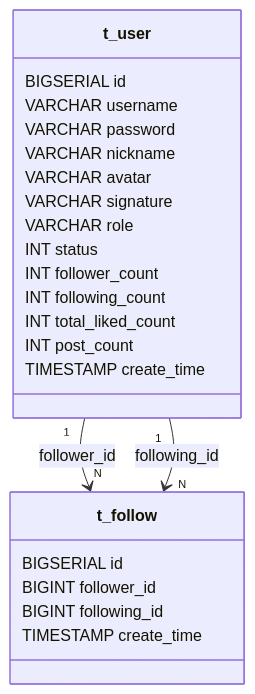
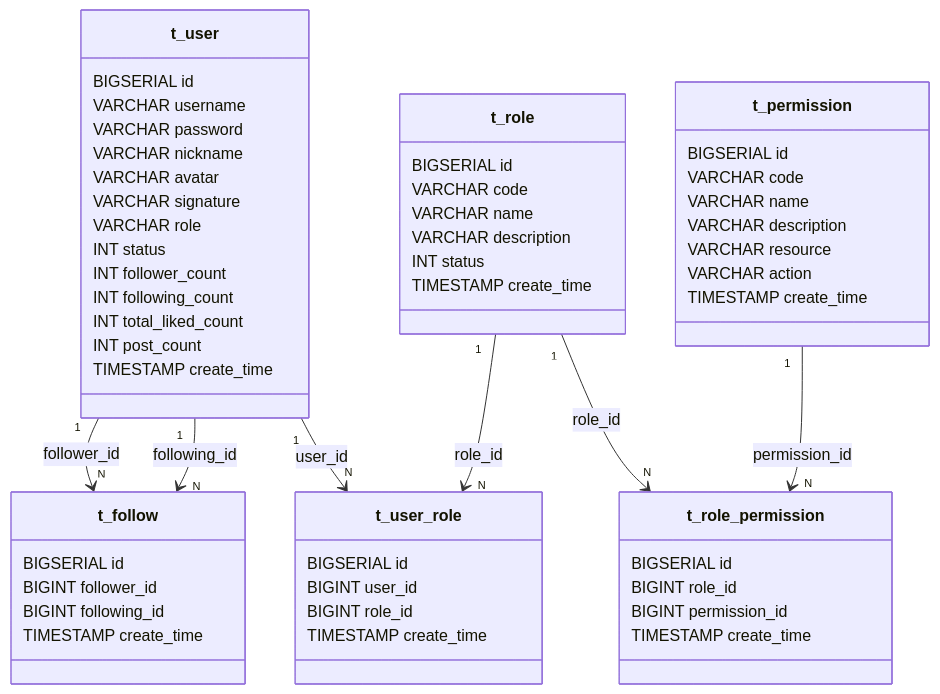
The third of 6 diagrams in doc/database.md (moneypiaorui/SideQuestCommunity), drawn with Mermaid before and after one commit. The commit also changed other lines of this file and 41 other files, not shown here.

````diff
--- a/doc/database.md
+++ b/doc/database.md
@@ -196,27 +233,60 @@
 ```mermaid
 classDiagram
     class t_user {
       BIGSERIAL id
       VARCHAR username
       VARCHAR password
       VARCHAR nickname
       VARCHAR avatar
       VARCHAR signature
       VARCHAR role
       INT status
       INT follower_count
       INT following_count
       INT total_liked_count
       INT post_count
       TIMESTAMP create_time
     }
     class t_follow {
       BIGSERIAL id
       BIGINT follower_id
       BIGINT following_id
       TIMESTAMP create_time
     }
+    class t_role {
+      BIGSERIAL id
+      VARCHAR code
+      VARCHAR name
+      VARCHAR description
+      INT status
+      TIMESTAMP create_time
+    }
+    class t_permission {
+      BIGSERIAL id
+      VARCHAR code
+      VARCHAR name
+      VARCHAR description
+      VARCHAR resource
+      VARCHAR action
+      TIMESTAMP create_time
+    }
+    class t_user_role {
+      BIGSERIAL id
+      BIGINT user_id
+      BIGINT role_id
+      TIMESTAMP create_time
+    }
+    class t_role_permission {
+      BIGSERIAL id
+      BIGINT role_id
+      BIGINT permission_id
+      TIMESTAMP create_time
+    }
 
     t_user "1" --> "N" t_follow : follower_id
     t_user "1" --> "N" t_follow : following_id
+    t_user "1" --> "N" t_user_role : user_id
+    t_role "1" --> "N" t_user_role : role_id
+    t_role "1" --> "N" t_role_permission : role_id
+    t_permission "1" --> "N" t_role_permission : permission_id
 ```
````
